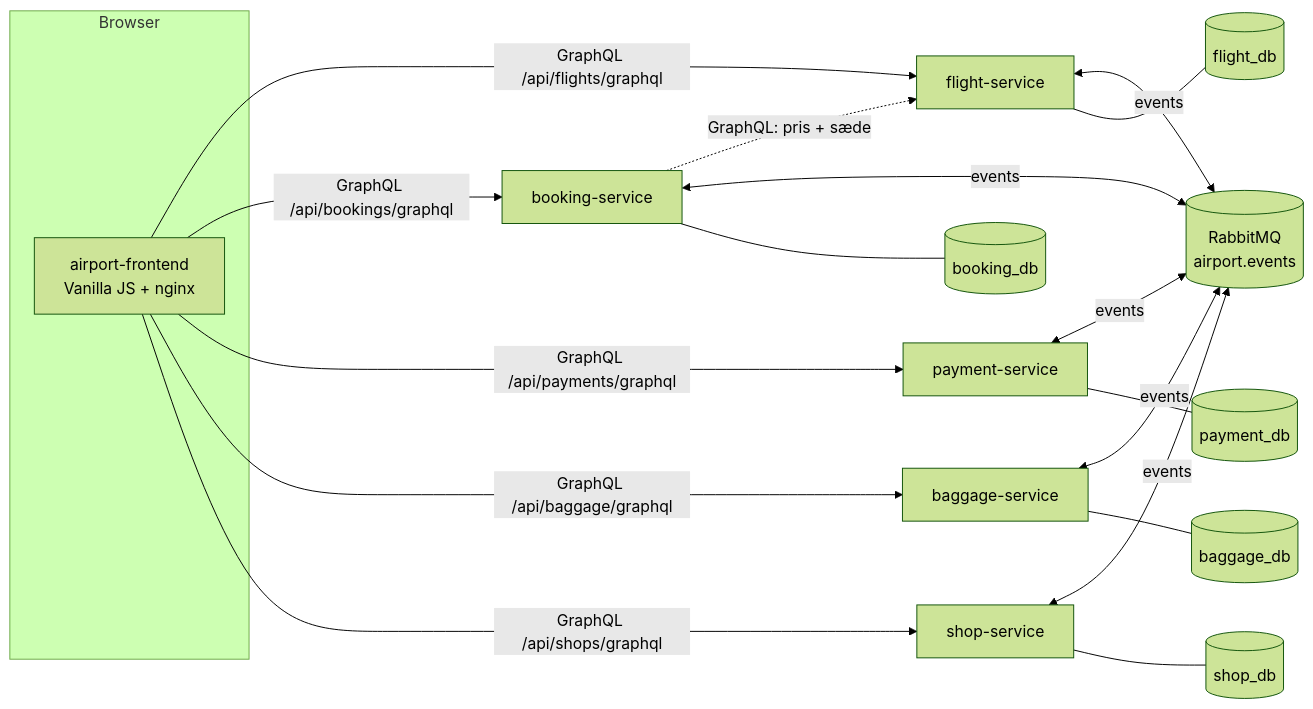
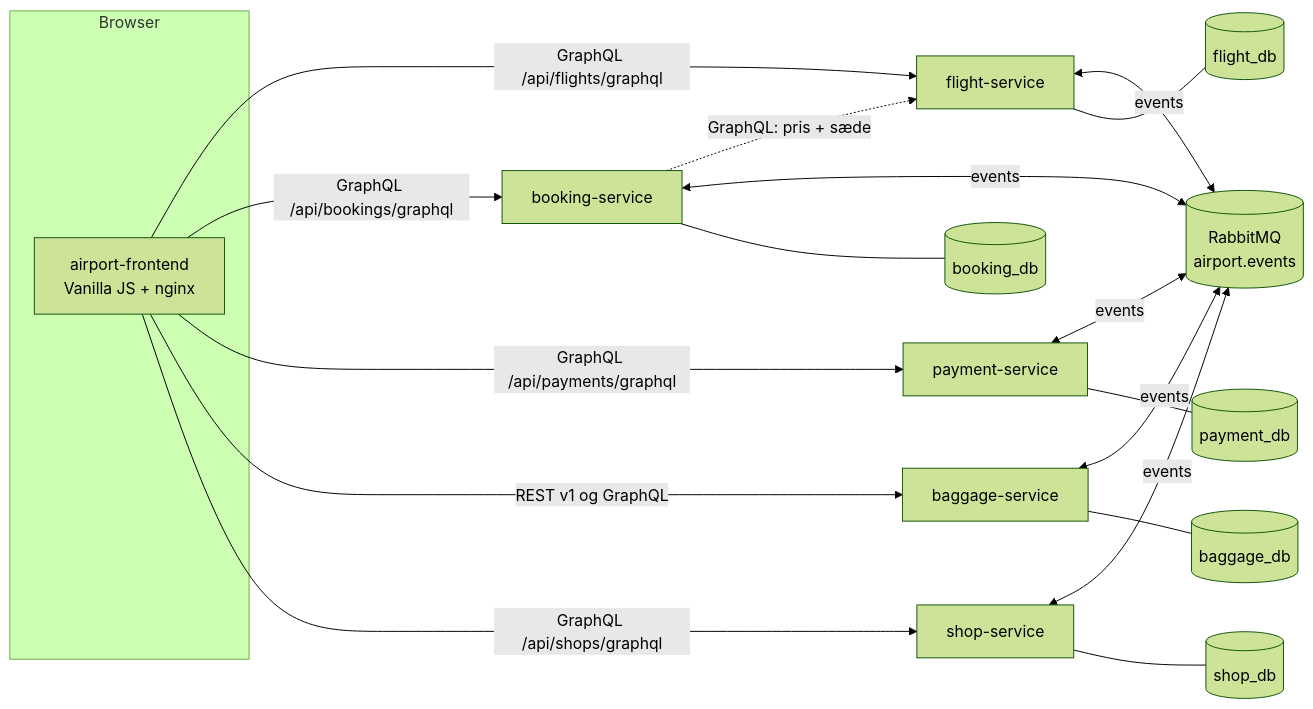
The first of 3 diagrams in docs/architecture.md (FrederikGJ/DLS_exam_project), drawn with Mermaid (forest theme) before and after one commit. The commit also changed other lines of this file and 35 other files, not shown here.

Commit message:
Ticket 3: Add versioned baggage REST API on dev_mahdi

````diff
--- a/docs/architecture.md
+++ b/docs/architecture.md
@@ -5,26 +5,26 @@
 ```mermaid
 flowchart LR
   subgraph Browser
     FE[airport-frontend<br/>Vanilla JS + nginx]
   end
 
   FE -- GraphQL /api/flights/graphql --> FS[flight-service]
   FE -- GraphQL /api/bookings/graphql --> BS[booking-service]
   FE -- GraphQL /api/payments/graphql --> PS[payment-service]
-  FE -- GraphQL /api/baggage/graphql --> BG[baggage-service]
+  FE -- REST v1 og GraphQL --> BG[baggage-service]
   FE -- GraphQL /api/shops/graphql --> SS[shop-service]
 
   BS -. GraphQL: pris + sæde .-> FS
 
   FS <-- events --> MQ[(RabbitMQ<br/>airport.events)]
   BS <-- events --> MQ
   PS <-- events --> MQ
   BG <-- events --> MQ
   SS <-- events --> MQ
 
   FS --- FDB[(flight_db)]
   BS --- BDB[(booking_db)]
   PS --- PDB[(payment_db)]
   BG --- GDB[(baggage_db)]
   SS --- SDB[(shop_db)]
 ```
````
